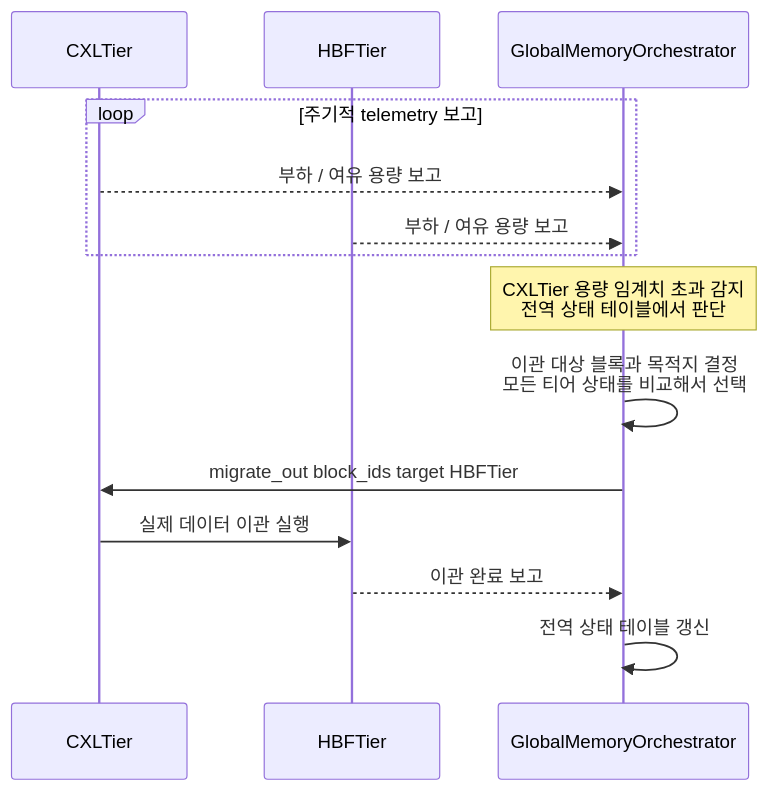
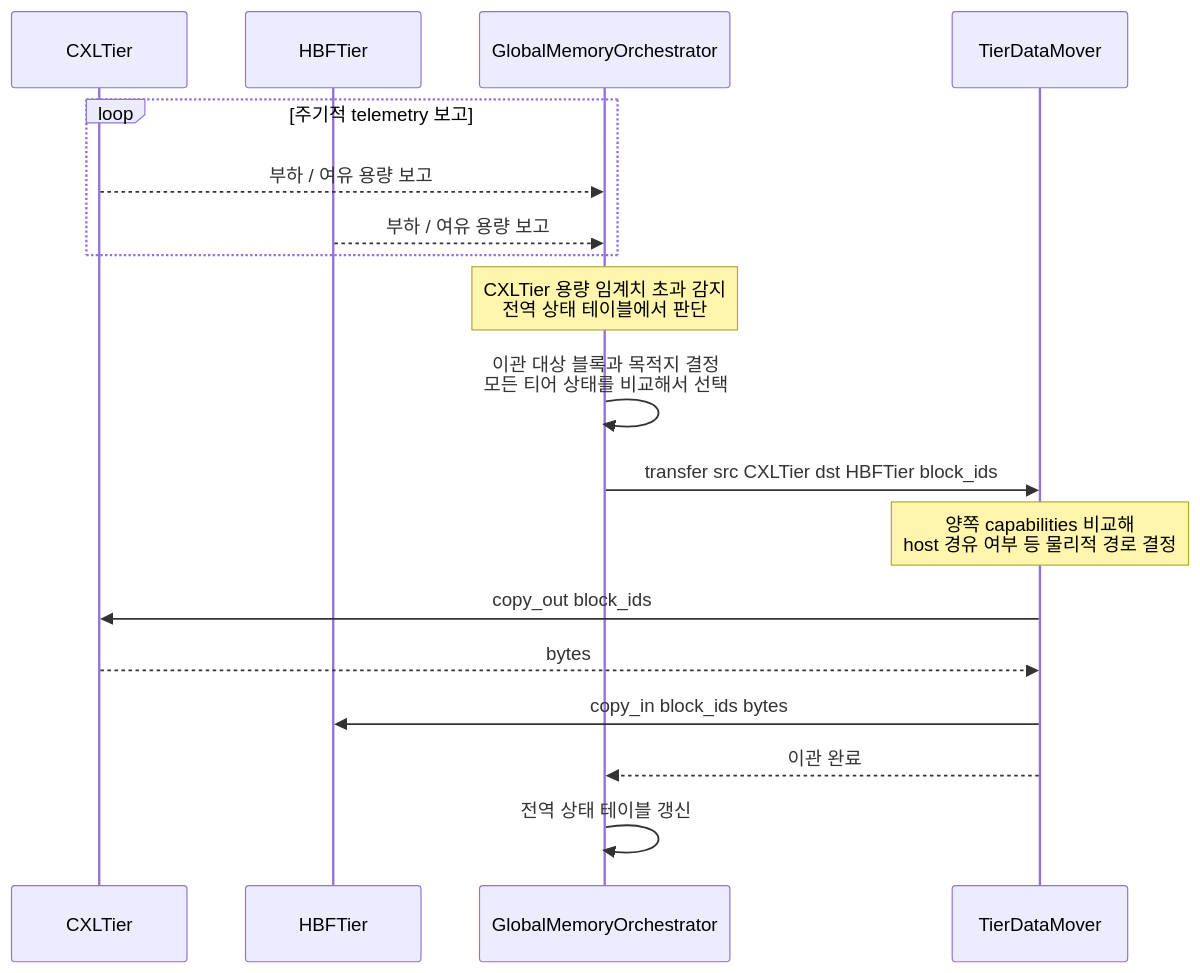
The diagram in doc-mk/scenarios/09-dp2-candidateA-centralized-migration.md (mkim0628/vllm), drawn with Mermaid before and after one commit. The commit also changed other lines of this file and 2 other files, not shown here.

````diff
--- a/doc-mk/scenarios/09-dp2-candidateA-centralized-migration.md
+++ b/doc-mk/scenarios/09-dp2-candidateA-centralized-migration.md
@@ -22,18 +27,22 @@
 ```mermaid
 sequenceDiagram
     participant CXLT as CXLTier
     participant HBFT as HBFTier
     participant ORCH as GlobalMemoryOrchestrator
+    participant MOVER as TierDataMover
 
     loop 주기적 telemetry 보고
         CXLT-->>ORCH: 부하 / 여유 용량 보고
         HBFT-->>ORCH: 부하 / 여유 용량 보고
     end
 
     Note over ORCH: CXLTier 용량 임계치 초과 감지<br/>전역 상태 테이블에서 판단
     ORCH->>ORCH: 이관 대상 블록과 목적지 결정<br/>모든 티어 상태를 비교해서 선택
-    ORCH->>CXLT: migrate_out block_ids target HBFTier
-    CXLT->>HBFT: 실제 데이터 이관 실행
-    HBFT-->>ORCH: 이관 완료 보고
+    ORCH->>MOVER: transfer src CXLTier dst HBFTier block_ids
+    Note over MOVER: 양쪽 capabilities 비교해<br/>host 경유 여부 등 물리적 경로 결정
+    MOVER->>CXLT: copy_out block_ids
+    CXLT-->>MOVER: bytes
+    MOVER->>HBFT: copy_in block_ids bytes
+    MOVER-->>ORCH: 이관 완료
     ORCH->>ORCH: 전역 상태 테이블 갱신
 ```
````
